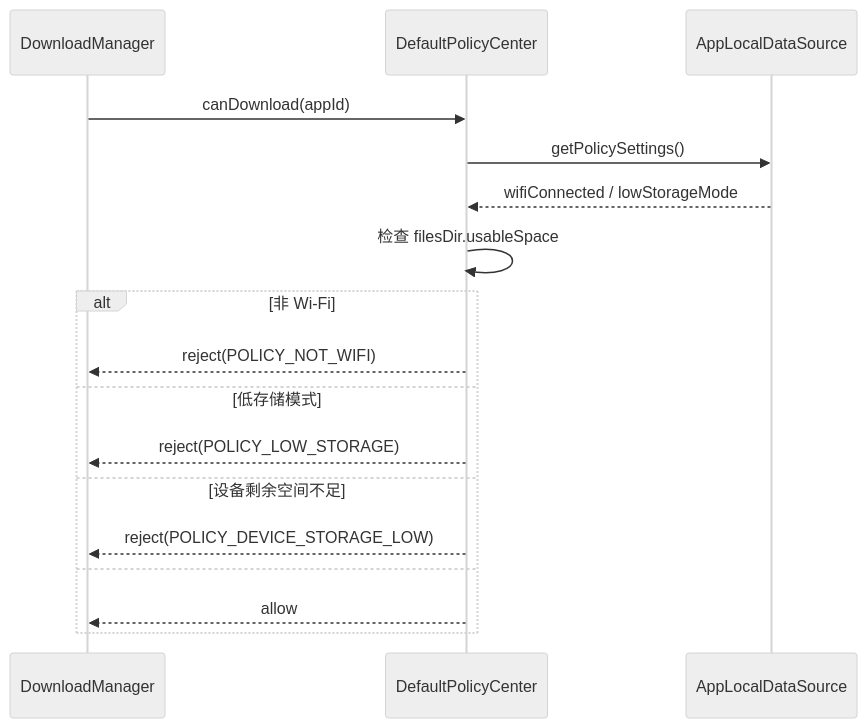
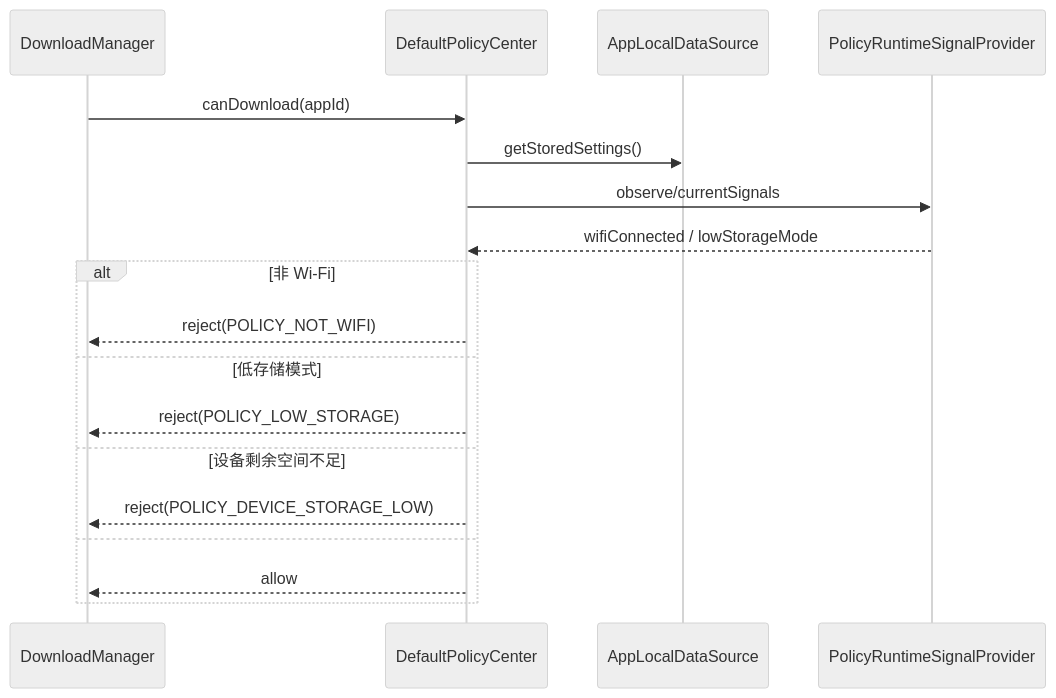
The third of 4 diagrams in docs/13-策略中心架构与流程.md (XZQ/CarAppStore), drawn with Mermaid (neutral theme) before and after one commit. The commit also changed other lines of this file and 69 other files, not shown here.

Commit message:
Feat: harden store state flows and remote catalog pipeline

````diff
--- a/docs/13-策略中心架构与流程.md
+++ b/docs/13-策略中心架构与流程.md
@@ -88,21 +96,22 @@
 ```mermaid
 sequenceDiagram
 participant DM as DownloadManager
 participant PC as DefaultPolicyCenter
 participant LOCAL as AppLocalDataSource
+participant SIGNAL as PolicyRuntimeSignalProvider
 
 DM->>PC: canDownload(appId)
-PC->>LOCAL: getPolicySettings()
-LOCAL-->>PC: wifiConnected / lowStorageMode
-PC->>PC: 检查 filesDir.usableSpace
+PC->>LOCAL: getStoredSettings()
+PC->>SIGNAL: observe/currentSignals
+SIGNAL-->>PC: wifiConnected / lowStorageMode
 
 alt 非 Wi‑Fi
     PC-->>DM: reject(POLICY_NOT_WIFI)
 else 低存储模式
     PC-->>DM: reject(POLICY_LOW_STORAGE)
 else 设备剩余空间不足
     PC-->>DM: reject(POLICY_DEVICE_STORAGE_LOW)
 else
     PC-->>DM: allow
 end
 ```
````
